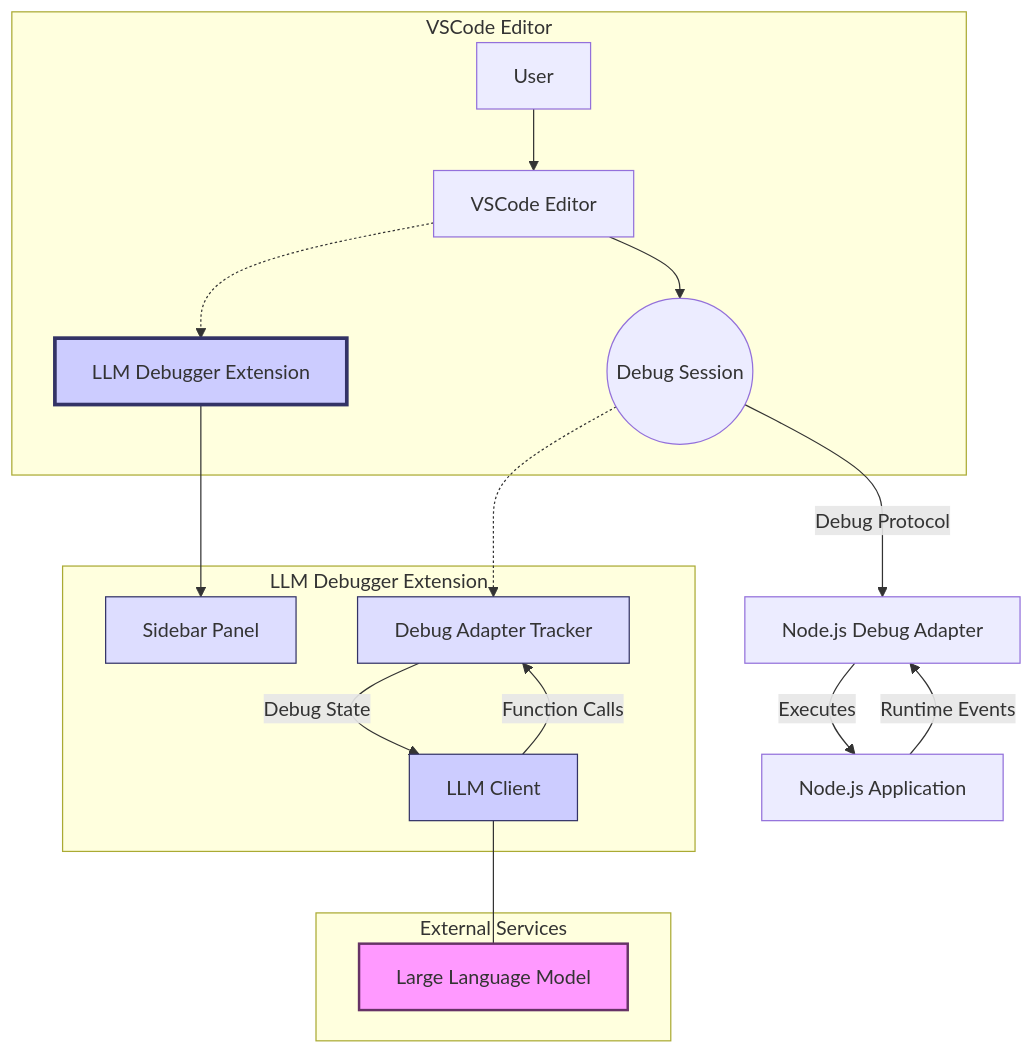
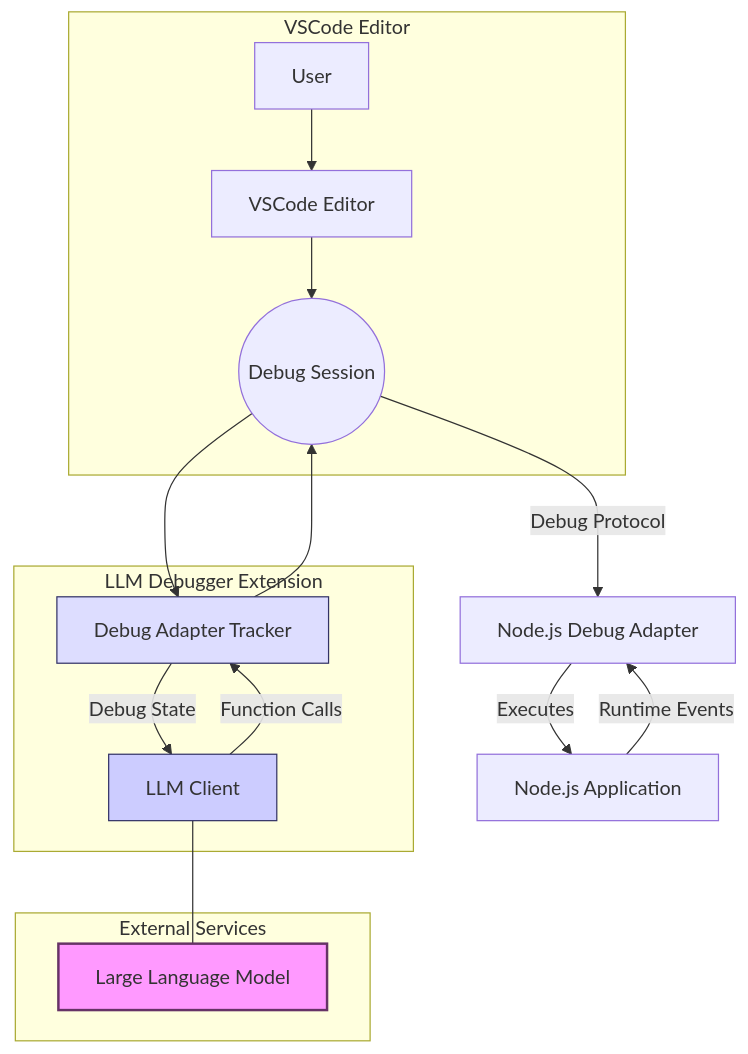
The diagram in README.md (mohsen1/llm-debugger-vscode-extension), drawn with Mermaid before and after one commit.

````diff
--- a/README.md
+++ b/README.md
@@ -21,31 +21,29 @@
 ```mermaid
 graph TB
     subgraph "VSCode Editor"
         User[User] --> Editor[VSCode Editor]
         Editor --> DebugSession((Debug Session))
-        Editor -.-> LLMDebuggerExt[LLM Debugger Extension]:::extension
     end
 
     subgraph "LLM Debugger Extension"
-        LLMDebuggerExt --> Sidebar[Sidebar Panel]:::extensionComponent
-        DebugSession -.-> DebugAdapter[Debug Adapter Tracker]:::extensionComponent
+        DebugSession --> DebugAdapter[Debug Adapter Tracker]:::extensionComponent
+        DebugAdapter --> DebugSession
         DebugAdapter -- Debug State --> LLMClient[LLM Client]:::extensionComponent
         LLMClient -- Function Calls --> DebugAdapter
     end
 
     subgraph "External Services"
       LLMClient --- LLM[Large Language Model]
     end
      DebugSession -- Debug Protocol --> NodeDebugAdapter[Node.js Debug Adapter]
     NodeDebugAdapter -- Executes --> NodeApp[Node.js Application]
     NodeApp -- Runtime Events --> NodeDebugAdapter
 
 
     classDef extension fill:#eef,stroke:#336,stroke-width:2px;
     classDef extensionComponent fill:#ddf,stroke:#336,stroke-width:1px;
     classDef externalService fill:#f9f,stroke:#333,stroke-width:2px;
 
-    style LLMDebuggerExt fill:#ccf,stroke:#336,stroke-width:3px
     style LLMClient fill:#ccf,stroke:#336,stroke-width:1px
     style LLM fill:#f9f,stroke:#636,stroke-width:2px
 ```
````
